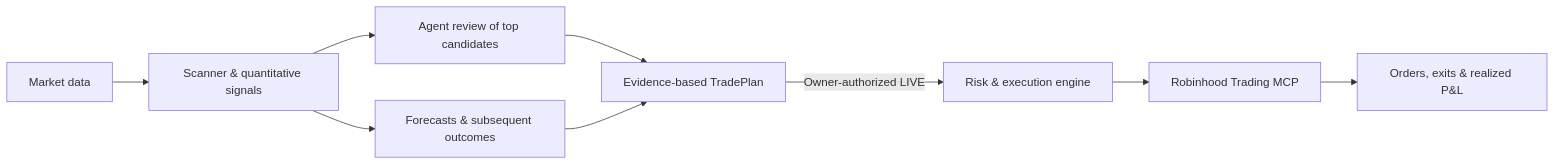
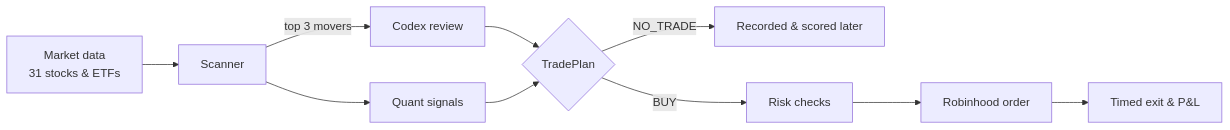
Before and after one commit to danielye0010/TradeAgent: the diagram in README.md, drawn with Mermaid. The commit also changed other lines of this file, not shown here.

First line of the commit message:
Rewrite README around the daily trading workflow

````diff
--- a/README.md
+++ b/README.md
@@ -15,11 +18,12 @@
 ```mermaid
 flowchart LR
-    A[Market data] --> B[Scanner & quantitative signals]
-    B --> C[Agent review of top candidates]
-    B --> D[Forecasts & subsequent outcomes]
-    C --> E[Evidence-based TradePlan]
+    A[Market data<br/>31 stocks & ETFs] --> B[Scanner]
+    B -->|top 3 movers| C[Codex review]
+    B --> D[Quant signals]
+    C --> E{TradePlan}
     D --> E
-    E -->|Owner-authorized LIVE| F[Risk & execution engine]
-    F --> G[Robinhood Trading MCP]
-    G --> H[Orders, exits & realized P&L]
+    E -->|NO_TRADE| F[Recorded & scored later]
+    E -->|BUY| G[Risk checks]
+    G --> H[Robinhood order]
+    H --> I[Timed exit & P&L]
 ```
````
